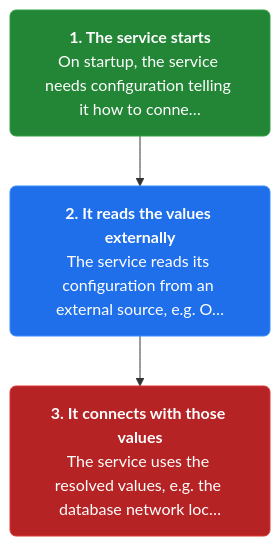
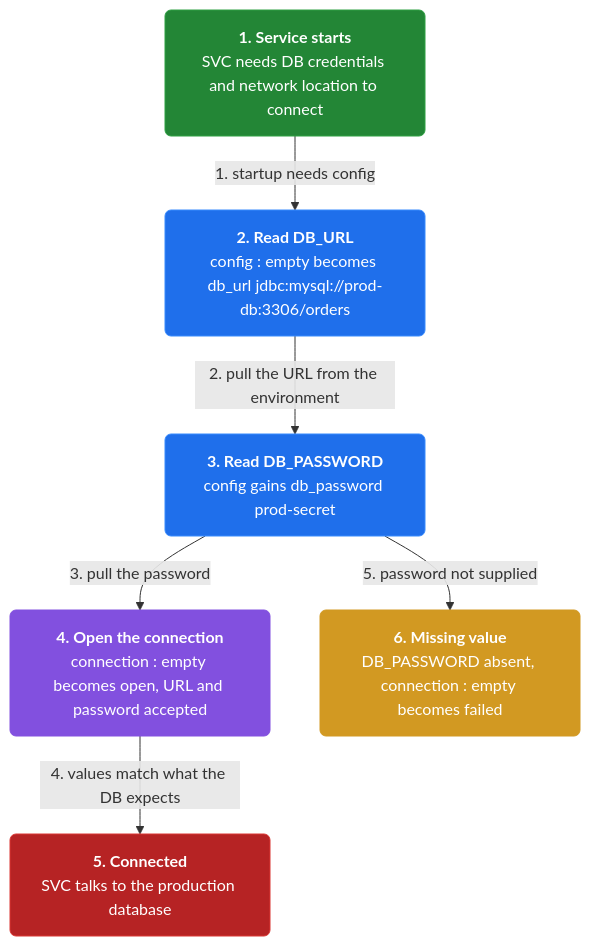
One commit to vinayakuber/microservices-io-study-guide changed the first of 3 diagrams in docs/ch29-externalized-configuration.md. Above: the diagram before and after it, drawn with Mermaid. The commit also changed other lines of this file and 46 other files, not shown here.

First line of the commit message:
Author rich branching flow diagrams for all 44 chapters

````diff
--- a/docs/ch29-externalized-configuration.md
+++ b/docs/ch29-externalized-configuration.md
@@ -13,11 +13,19 @@
 ```mermaid
 flowchart TD
-  classDef step fill:#1f6feb,color:#ffffff,stroke:#388bfd,stroke-width:1px,rx:6
+  classDef step fill:#1f6feb,color:#ffffff,stroke:#388bfd,rx:6
+  classDef core fill:#8250df,color:#ffffff,stroke:#8250df,rx:6
+  classDef warn fill:#d29922,color:#ffffff,stroke:#d29922,rx:6
   classDef start fill:#238636,color:#ffffff,stroke:#2ea043,rx:6
   classDef stop fill:#b62324,color:#ffffff,stroke:#da3633,rx:6
-  s0n0["<b>1. The service starts</b><br/>On startup, the service needs configuration telling it how to conne…"]:::start
-  s0n1["<b>2. It reads the values externally</b><br/>The service reads its configuration from an external source, e.g. O…"]:::step
-  s0n2["<b>3. It connects with those values</b><br/>The service uses the resolved values, e.g. the database network loc…"]:::stop
-  s0n0 --> s0n1
-  s0n1 --> s0n2
+  n0["<b>1. Service starts</b><br/>SVC needs DB credentials and network location to connect"]:::start
+  n1["<b>2. Read DB_URL</b><br/>config : empty becomes db_url jdbc:mysql://prod-db:3306/orders"]:::step
+  n2["<b>3. Read DB_PASSWORD</b><br/>config gains db_password prod-secret"]:::step
+  n3["<b>4. Open the connection</b><br/>connection : empty becomes open, URL and password accepted"]:::core
+  n4["<b>5. Connected</b><br/>SVC talks to the production database"]:::stop
+  n5["<b>6. Missing value</b><br/>DB_PASSWORD absent, connection : empty becomes failed"]:::warn
+  n0 -->|"1. startup needs config"| n1
+  n1 -->|"2. pull the URL from the environment"| n2
+  n2 -->|"3. pull the password"| n3
+  n3 -->|"4. values match what the DB expects"| n4
+  n2 -->|"5. password not supplied"| n5
 ```
````
